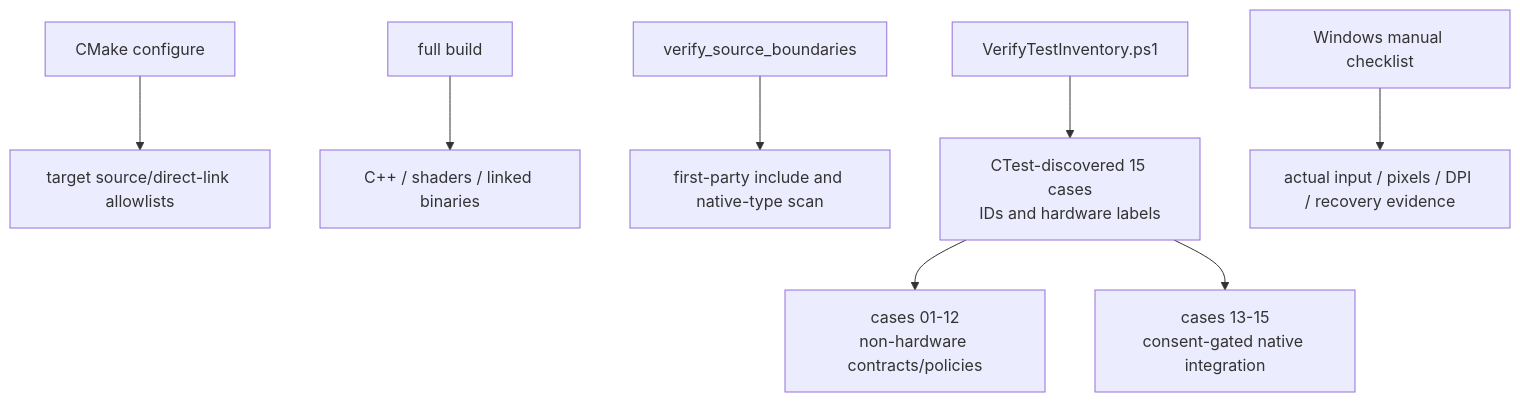
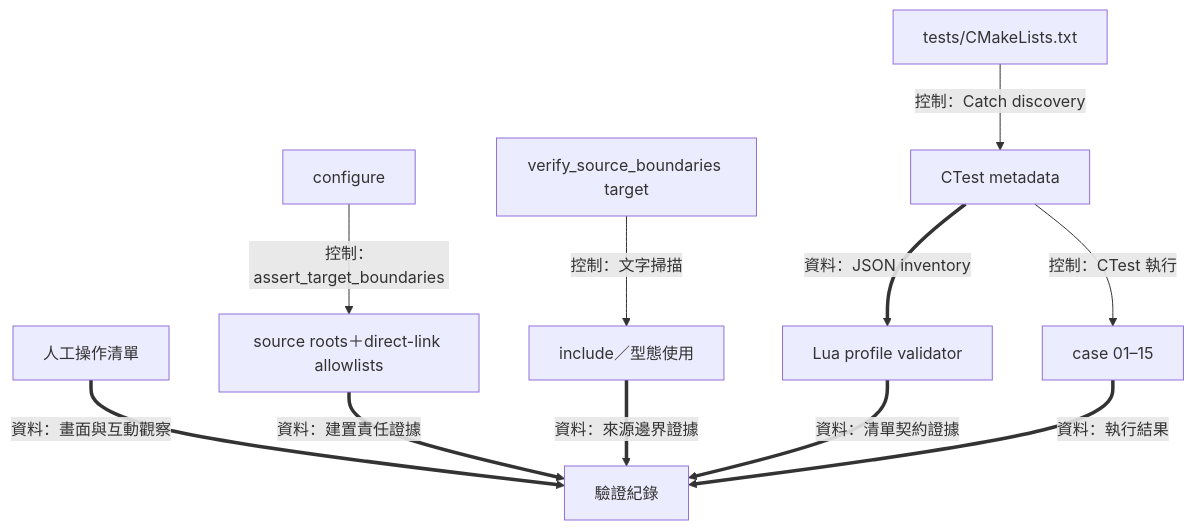
Before and after one commit to Mes0903/avb0795: the fifth of 6 diagrams in docs/architecture/build-and-validation.md, drawn with Mermaid. The commit also changed other lines of this file and 156 other files, not shown here.

````diff
--- a/docs/architecture/build-and-validation.md
+++ b/docs/architecture/build-and-validation.md
@@ -77,10 +118,13 @@
 ```mermaid
 flowchart TB
-    Configure["CMake configure"] --> Graph["target source/direct-link allowlists"]
-    Build["full build"] --> Compile["C++ / shaders / linked binaries"]
-    Scan["verify_source_boundaries"] --> Includes["first-party include and native-type scan"]
-    Inventory["VerifyTestInventory.ps1"] --> Cases["CTest-discovered 15 cases<br/>IDs and hardware labels"]
-    Cases --> Pure["cases 01-12<br/>non-hardware contracts/policies"]
-    Cases --> Native["cases 13-15<br/>consent-gated native integration"]
-    Manual["Windows manual checklist"] --> Visible["actual input / pixels / DPI / recovery evidence"]
+    Configure["configure"] -->|"控制：assert_target_boundaries"| Graph["source roots＋direct-link allowlists"]
+    Scan["verify_source_boundaries target"] -->|"控制：文字掃描"| Text["include／型態使用"]
+    TestBuild["tests/CMakeLists.txt"] -->|"控制：Catch discovery"| Meta["CTest metadata"]
+    Meta ==>|"資料：JSON inventory"| Lua["Lua profile validator"]
+    Meta -->|"控制：CTest 執行"| Cases["case 01–15"]
+    Manual["人工操作清單"] ==>|"資料：畫面與互動觀察"| Evidence["驗證紀錄"]
+    Graph ==>|"資料：建置責任證據"| Evidence
+    Text ==>|"資料：來源邊界證據"| Evidence
+    Lua ==>|"資料：清單契約證據"| Evidence
+    Cases ==>|"資料：執行結果"| Evidence
 ```
````
